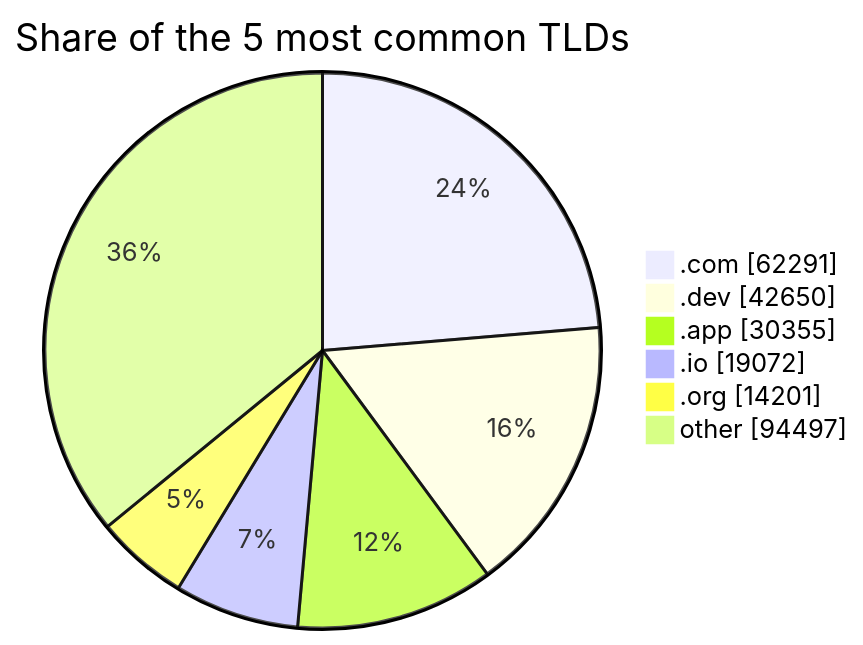
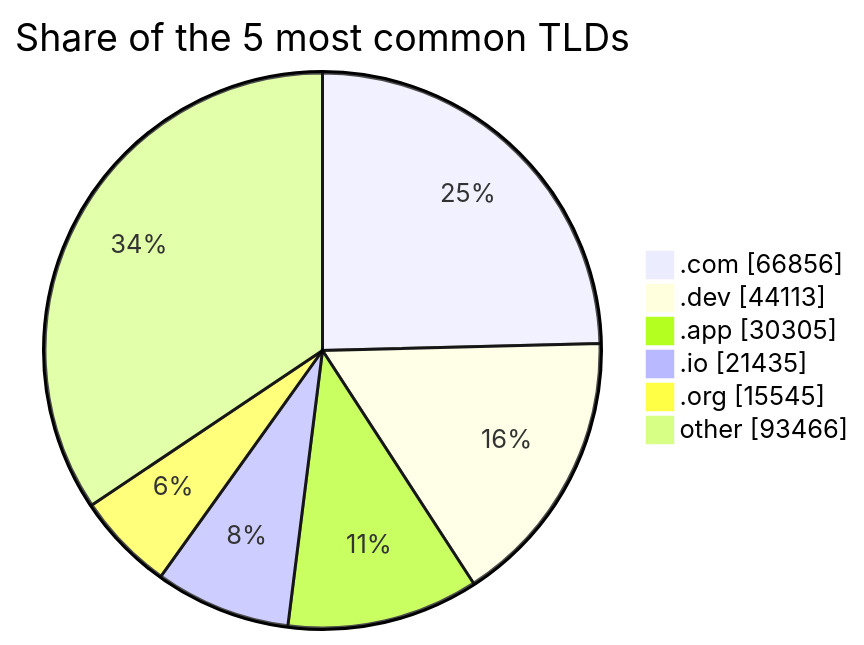
The second of 2 diagrams in README.md (DNSBunker/CTI), drawn with Mermaid before and after one commit. The commit also changed other lines of this file and 3 other files, not shown here.

````diff
--- a/README.md
+++ b/README.md
@@ -72,9 +72,9 @@
 ```mermaid
 pie showData title Share of the 5 most common TLDs
-    ".com" : 62291
-    ".dev" : 42650
-    ".app" : 30355
-    ".io" : 19072
-    ".org" : 14201
-    "other" : 94497
+    ".com" : 66856
+    ".dev" : 44113
+    ".app" : 30305
+    ".io" : 21435
+    ".org" : 15545
+    "other" : 93466
 ```
````
